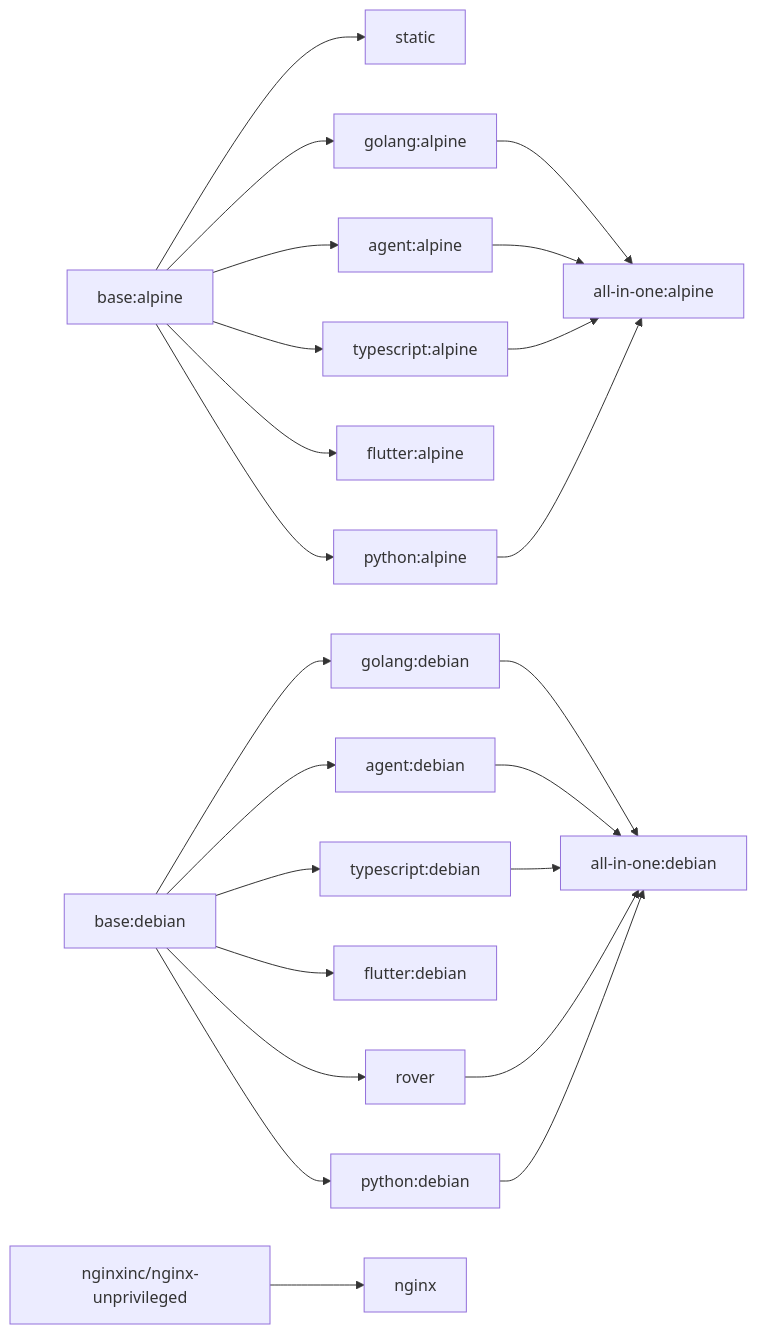
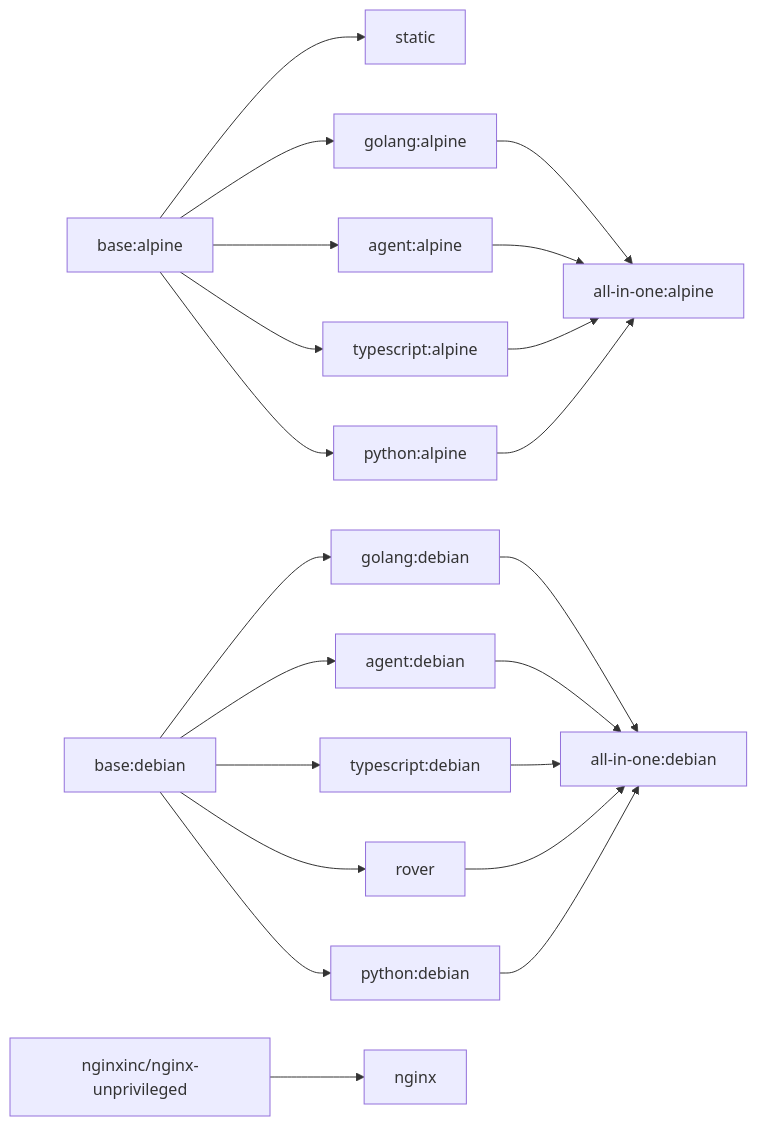
Before and after one commit to pyck-ai/baseimages: the diagram in README.md, drawn with Mermaid. The commit also changed other lines of this file and 14 other files, not shown here.

````diff
--- a/README.md
+++ b/README.md
@@ -105,33 +105,31 @@
 ```mermaid
 graph LR
   base-alpine["base:alpine"]
   base-debian["base:debian"]
   nginx-base["nginxinc/nginx-unprivileged"]
 
   base-alpine --> static
   base-alpine --> golang-alpine["golang:alpine"]
   base-alpine --> agent-alpine["agent:alpine"]
   base-alpine --> typescript-alpine["typescript:alpine"]
-  base-alpine --> flutter-alpine["flutter:alpine"]
   base-alpine --> python-alpine["python:alpine"]
 
   base-debian --> golang-debian["golang:debian"]
   base-debian --> agent-debian["agent:debian"]
   base-debian --> typescript-debian["typescript:debian"]
-  base-debian --> flutter-debian["flutter:debian"]
   base-debian --> python-debian["python:debian"]
   base-debian --> rover
 
   golang-alpine --> aio-alpine["all-in-one:alpine"]
   agent-alpine --> aio-alpine
   typescript-alpine --> aio-alpine
   python-alpine --> aio-alpine
 
   golang-debian --> aio-debian["all-in-one:debian"]
   agent-debian --> aio-debian
   typescript-debian --> aio-debian
   rover --> aio-debian
   python-debian --> aio-debian
 
   nginx-base --> nginx
 ```
````
